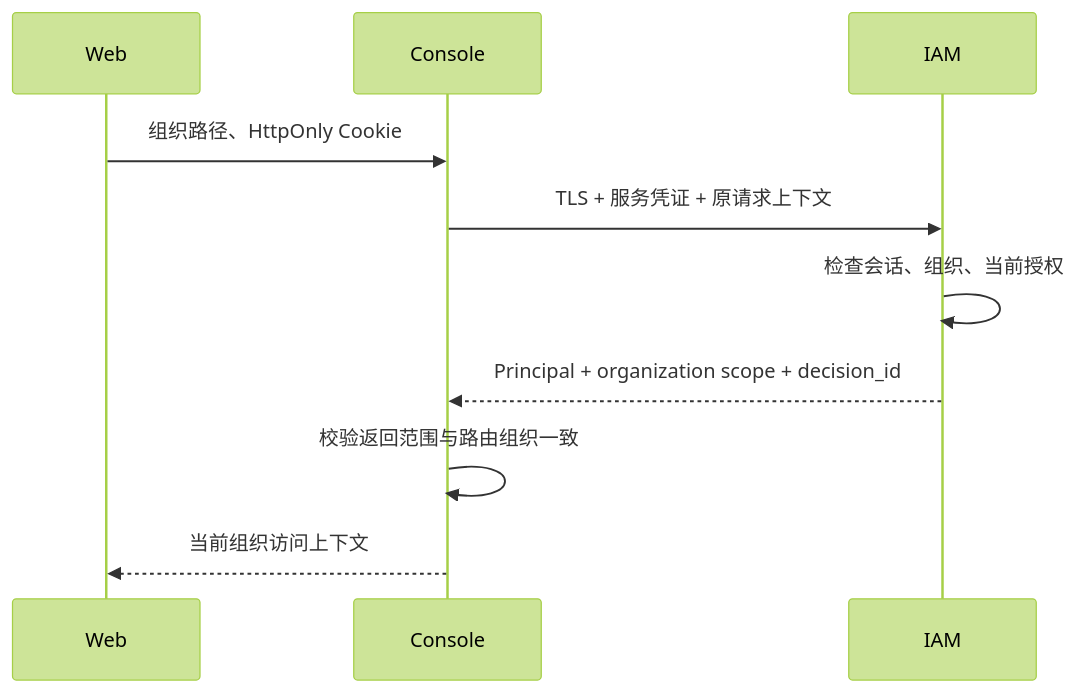
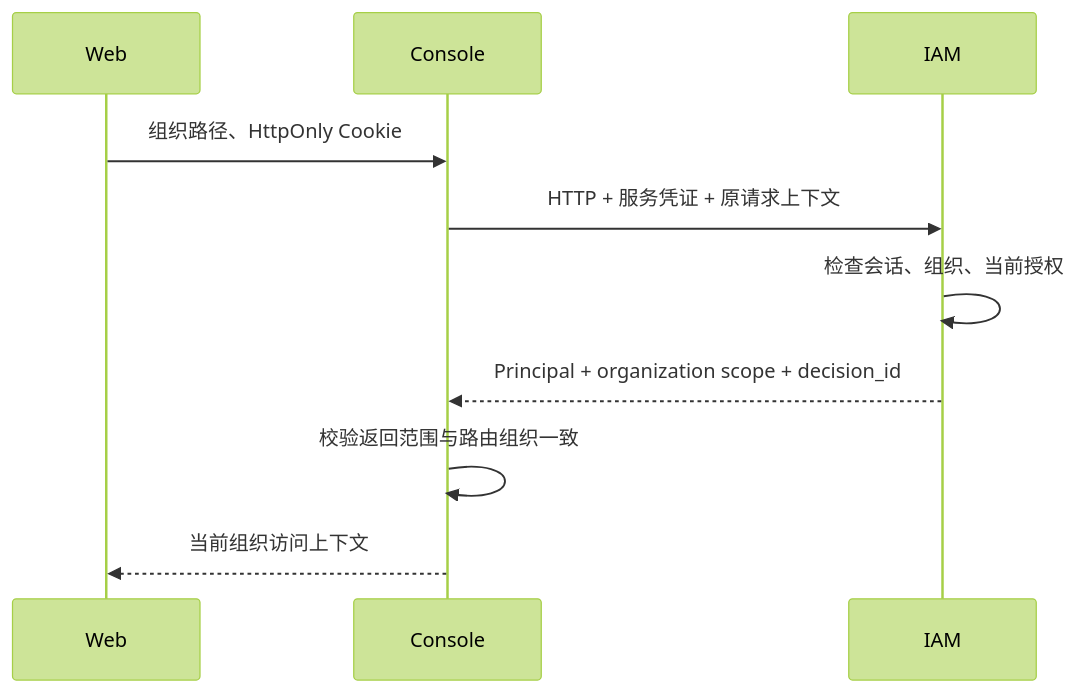
One commit to EayonLee/SecPlexus changed the diagram in src/apps/console/README.md. Above: the diagram before and after it, drawn with Mermaid (forest theme). The commit also changed other lines of this file and 163 other files, not shown here.

````diff
--- a/src/apps/console/README.md
+++ b/src/apps/console/README.md
@@ -22,12 +22,12 @@
 ```mermaid
 sequenceDiagram
     participant W as Web
     participant C as Console
     participant I as IAM
     W->>C: 组织路径、HttpOnly Cookie
-    C->>I: TLS + 服务凭证 + 原请求上下文
+    C->>I: HTTP + 服务凭证 + 原请求上下文
     I->>I: 检查会话、组织、当前授权
     I-->>C: Principal + organization scope + decision_id
     C->>C: 校验返回范围与路由组织一致
     C-->>W: 当前组织访问上下文
 ```
````
